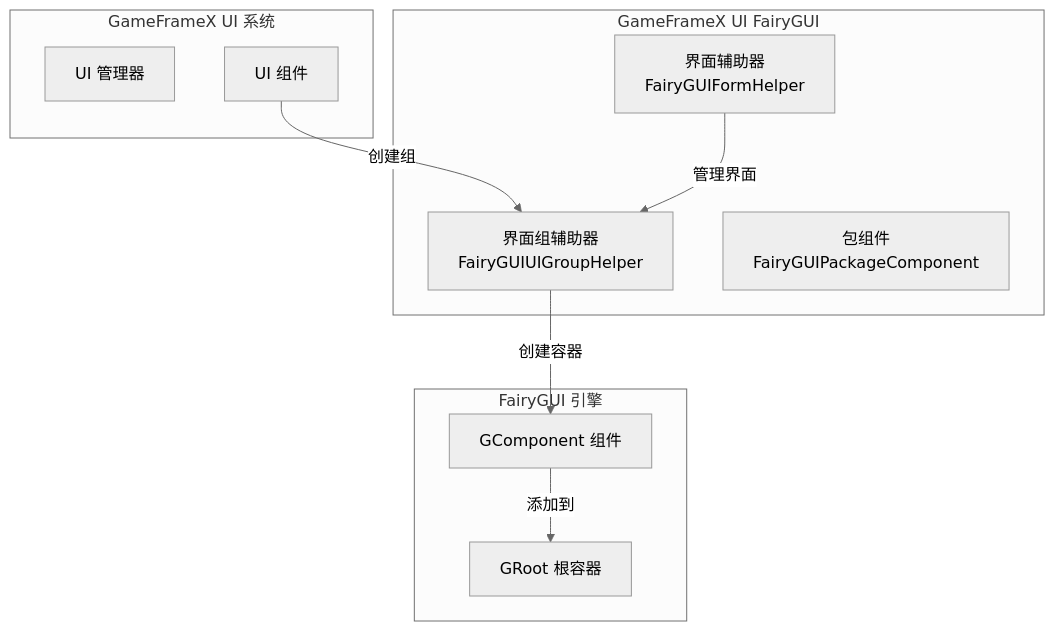
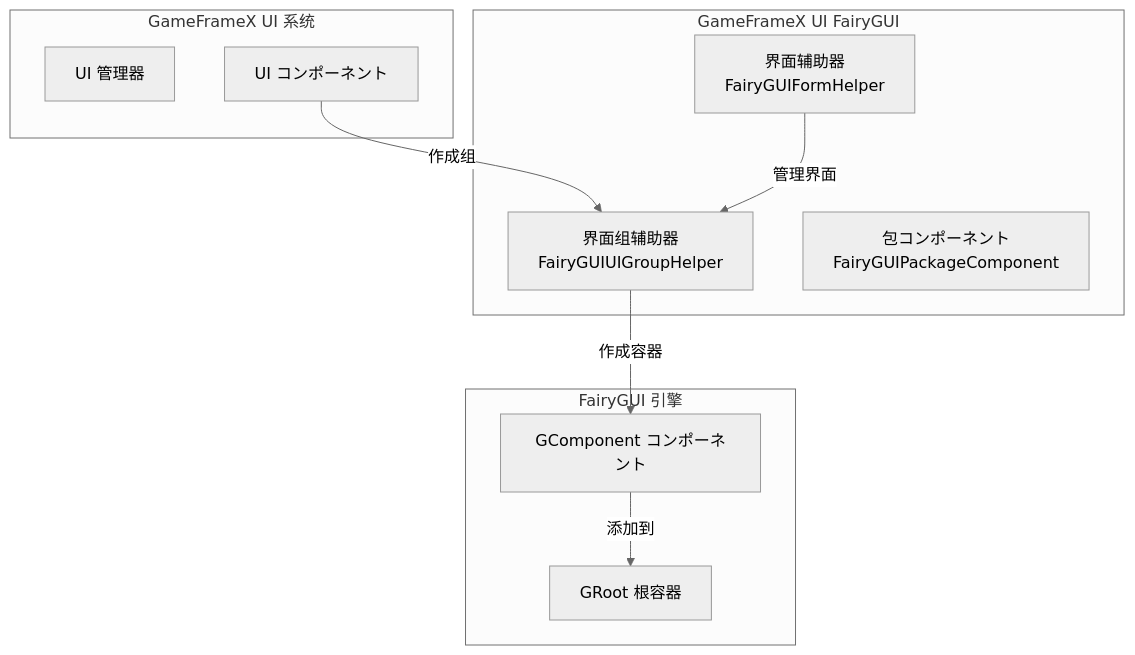
One commit to AlianBlank/GameFrameX.Docs changed the second of 4 diagrams in docs/ja/client/unity/component/ui-fairygui/11.ui-group-helper.md. Above: the diagram before and after it, drawn with Mermaid (neutral theme). The commit also changed other lines of this file and 603 other files, not shown here.

````diff
--- a/docs/ja/client/unity/component/ui-fairygui/11.ui-group-helper.md
+++ b/docs/ja/client/unity/component/ui-fairygui/11.ui-group-helper.md
@@ -55,23 +55,23 @@
 ```mermaid
 flowchart TD
     subgraph UI系统["GameFrameX UI 系统"]
         UIManager[UI 管理器]
-        UIComponent[UI 组件]
+        UIComponent[UI コンポーネント]
     end
     
     subgraph FairyGUI插件["GameFrameX UI FairyGUI"]
         FairyGUIUIGroupHelper["界面组辅助器<br/>FairyGUIUIGroupHelper"]
         FairyGUIFormHelper["界面辅助器<br/>FairyGUIFormHelper"]
-        FairyGUIPackageComponent["包组件<br/>FairyGUIPackageComponent"]
+        FairyGUIPackageComponent["包コンポーネント<br/>FairyGUIPackageComponent"]
     end
     
     subgraph FairyGUI引擎["FairyGUI 引擎"]
         GRoot[GRoot 根容器]
-        GComponent[GComponent 组件]
+        GComponent[GComponent コンポーネント]
     end
     
-    UIComponent -->|创建组| FairyGUIUIGroupHelper
-    FairyGUIUIGroupHelper -->|创建容器| GComponent
+    UIComponent -->|作成组| FairyGUIUIGroupHelper
+    FairyGUIUIGroupHelper -->|作成容器| GComponent
     GComponent -->|添加到| GRoot
     FairyGUIFormHelper -->|管理界面| FairyGUIUIGroupHelper
 ```
````
